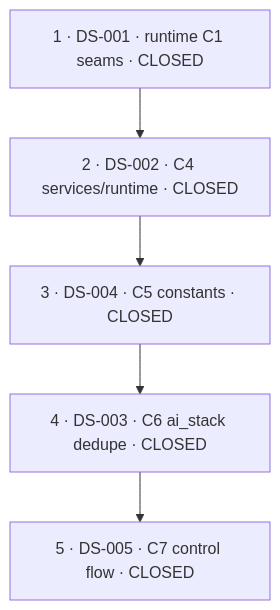
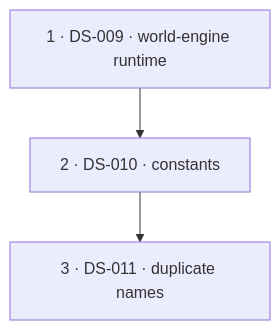
Before and after one commit to Held0fTheWelt/BLACKVEIN: the diagram in 'fy'-suites/despaghettify/despaghettification_implementation_input.md, drawn with Mermaid. The commit also changed other lines of this file and 207 other files, not shown here.

````diff
--- a/'fy'-suites/despaghettify/despaghettification_implementation_input.md
+++ b/'fy'-suites/despaghettify/despaghettification_implementation_input.md
@@ -166,9 +169,8 @@
 ```mermaid
 flowchart TB
-  P1["1 · DS-001 · runtime C1 seams · CLOSED"]
-  P2["2 · DS-002 · C4 services/runtime · CLOSED"]
-  P3["3 · DS-004 · C5 constants · CLOSED"]
-  P4["4 · DS-003 · C6 ai_stack dedupe · CLOSED"]
-  P5["5 · DS-005 · C7 control flow · CLOSED"]
-  P1 --> P2 --> P3 --> P4 --> P5
+  P1["1 · DS-009 · world-engine runtime"]
+  P2["2 · DS-010 · constants"]
+  P3["3 · DS-011 · duplicate names"]
+  P1 --> P2
+  P2 --> P3
 ```
````
